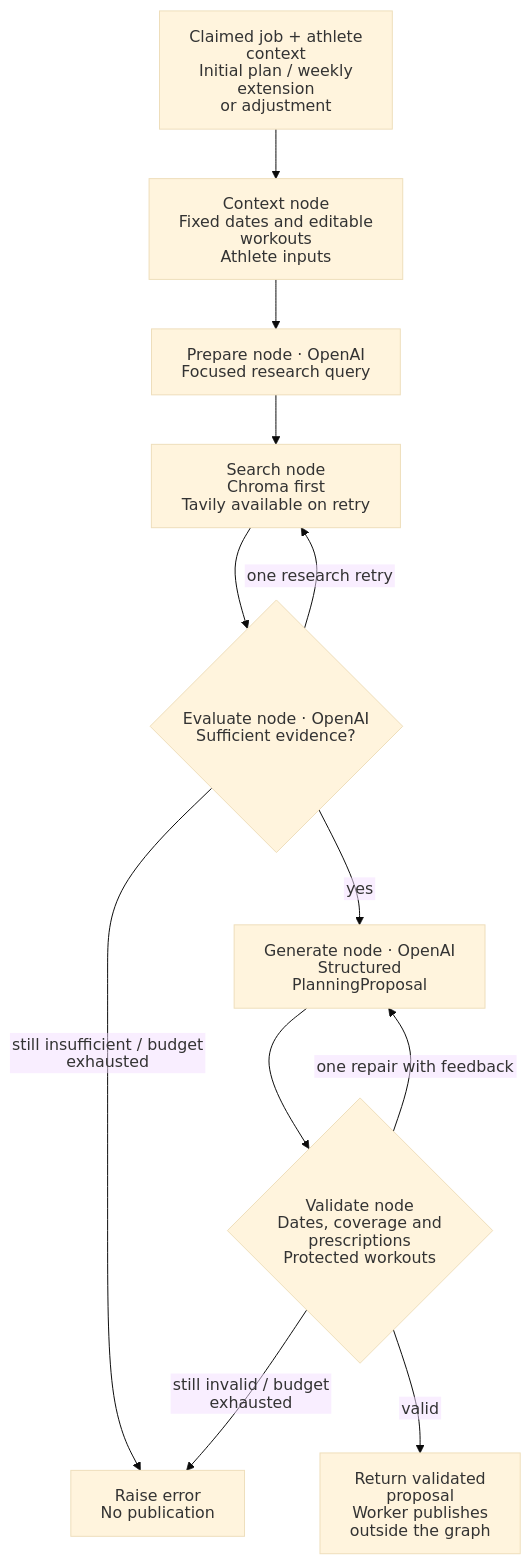
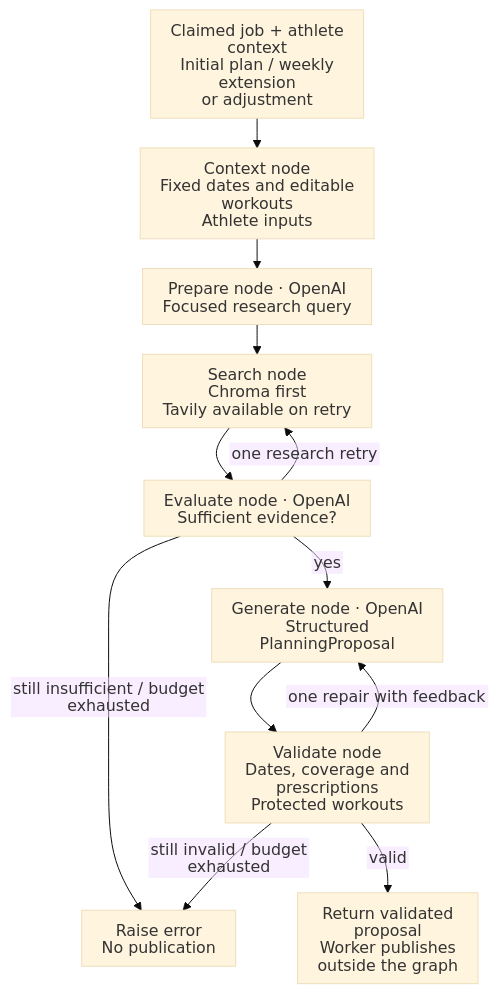
One commit to xurichard19/strength-and-conditioning-rag changed the fourth of 5 diagrams in README.md. Above: the diagram before and after it, drawn with Mermaid (base theme). The commit also changed other lines of this file and 19 other files, not shown here.

````diff
--- a/README.md
+++ b/README.md
@@ -109,20 +118,23 @@
 ```mermaid
 ---
 config:
   htmlLabels: false
   flowchart:
     htmlLabels: false
+    nodeSpacing: 30
+    rankSpacing: 30
+    padding: 10
 ---
 flowchart TB
     Request["Claimed job + athlete context<br/>Initial plan / weekly extension<br/>or adjustment"] --> Context["Context node<br/>Fixed dates and editable workouts<br/>Athlete inputs"]
     Context --> Prepare["Prepare node · OpenAI<br/>Focused research query"]
     Prepare --> Search["Search node<br/>Chroma first<br/>Tavily available on retry"]
-    Search --> Evaluate{"Evaluate node · OpenAI<br/>Sufficient evidence?"}
+    Search --> Evaluate["Evaluate node · OpenAI<br/>Sufficient evidence?"]
     Evaluate -->|yes| Generate["Generate node · OpenAI<br/>Structured PlanningProposal"]
     Evaluate -->|one research retry| Search
     Evaluate -->|still insufficient / budget exhausted| Fail["Raise error<br/>No publication"]
-    Generate --> Validate{"Validate node<br/>Dates, coverage and prescriptions<br/>Protected workouts"}
+    Generate --> Validate["Validate node<br/>Dates, coverage and prescriptions<br/>Protected workouts"]
     Validate -->|one repair with feedback| Generate
     Validate -->|still invalid / budget exhausted| Fail
     Validate -->|valid| Plan["Return validated proposal<br/>Worker publishes<br/>outside the graph"]
 ```
````
